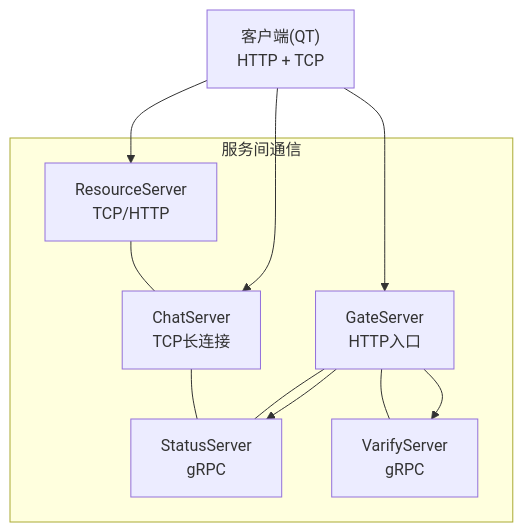
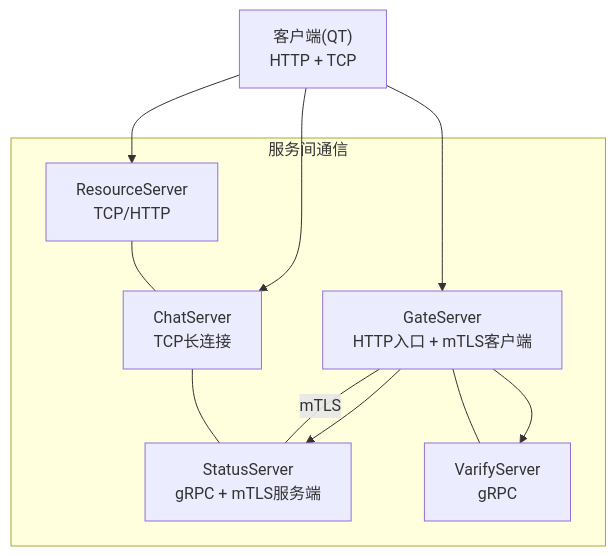
One commit to echo9923/mychatter changed the first of 8 diagrams in .qoder/repowiki/zh/content/安全设计/数据安全保护/传输安全.md. Above: the diagram before and after it, drawn with Mermaid. The commit also changed other lines of this file and 107 other files, not shown here.

````diff
--- a/.qoder/repowiki/zh/content/安全设计/数据安全保护/传输安全.md
+++ b/.qoder/repowiki/zh/content/安全设计/数据安全保护/传输安全.md
@@ -48,14 +61,14 @@
 ```mermaid
 graph TB
-Client["客户端(QT)<br/>HTTP + TCP"] --> Gate["GateServer<br/>HTTP入口"]
-Gate --> Status["StatusServer<br/>gRPC"]
+Client["客户端(QT)<br/>HTTP + TCP"] --> Gate["GateServer<br/>HTTP入口 + mTLS客户端"]
+Gate --> Status["StatusServer<br/>gRPC + mTLS服务端"]
 Gate --> Verify["VarifyServer<br/>gRPC"]
 Client --> Chat["ChatServer<br/>TCP长连接"]
 Client --> Resource["ResourceServer<br/>TCP/HTTP"]
 subgraph "服务间通信"
-Gate --- Status
+Gate ---|mTLS| Status
 Gate --- Verify
 Chat --- Status
 Resource --- Chat
 end
 ```
````
